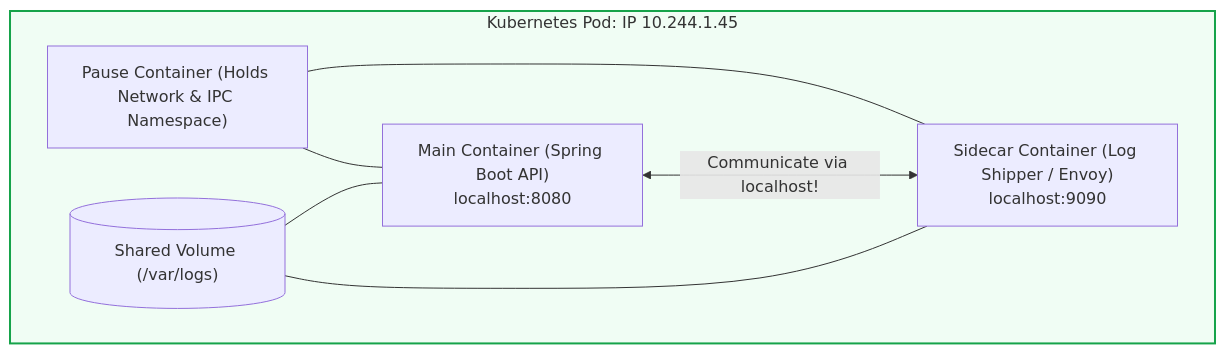
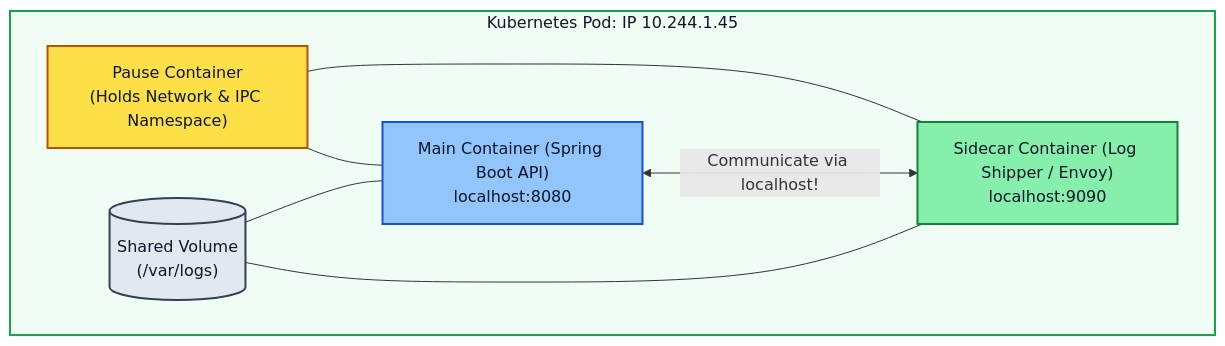
The third of 4 diagrams in 02-Kubernetes/01-Architecture-and-Control-Plane.md (PandeyKishan/Study-Notes), drawn with Mermaid before and after one commit. The commit also changed other lines of this file and 22 other files, not shown here.

Commit message:
docs: enhance diagram visibility with high-contrast palette and add concise book definitions

````diff
--- a/02-Kubernetes/01-Architecture-and-Control-Plane.md
+++ b/02-Kubernetes/01-Architecture-and-Control-Plane.md
@@ -225,16 +262,20 @@
 ```mermaid
 flowchart TB
     subgraph Pod["Kubernetes Pod: IP 10.244.1.45"]
-        Pause["Pause Container (Holds Network & IPC Namespace)"]
+        Pause["Pause Container\n(Holds Network & IPC Namespace)"]
         Main["Main Container (Spring Boot API)\nlocalhost:8080"]
         Sidecar["Sidecar Container (Log Shipper / Envoy)\nlocalhost:9090"]
 
         Pause --- Main
         Pause --- Sidecar
         Main <-->|Communicate via localhost!| Sidecar
-        Vol[("Shared Volume (/var/logs)")] --- Main
+        Vol[("Shared Volume\n(/var/logs)")] --- Main
         Vol --- Sidecar
     end
 
-    style Pod fill:#f0fdf4,stroke:#16a34a,stroke-width:2px
+    style Pod fill:#f0fdf4,stroke:#16a34a,stroke-width:2px,color:#0f172a
+    style Pause fill:#fde047,stroke:#b45309,stroke-width:2px,color:#0f172a
+    style Main fill:#93c5fd,stroke:#1d4ed8,stroke-width:2px,color:#0f172a
+    style Sidecar fill:#86efac,stroke:#15803d,stroke-width:2px,color:#0f172a
+    style Vol fill:#e2e8f0,stroke:#334155,stroke-width:2px,color:#0f172a
 ```
````
